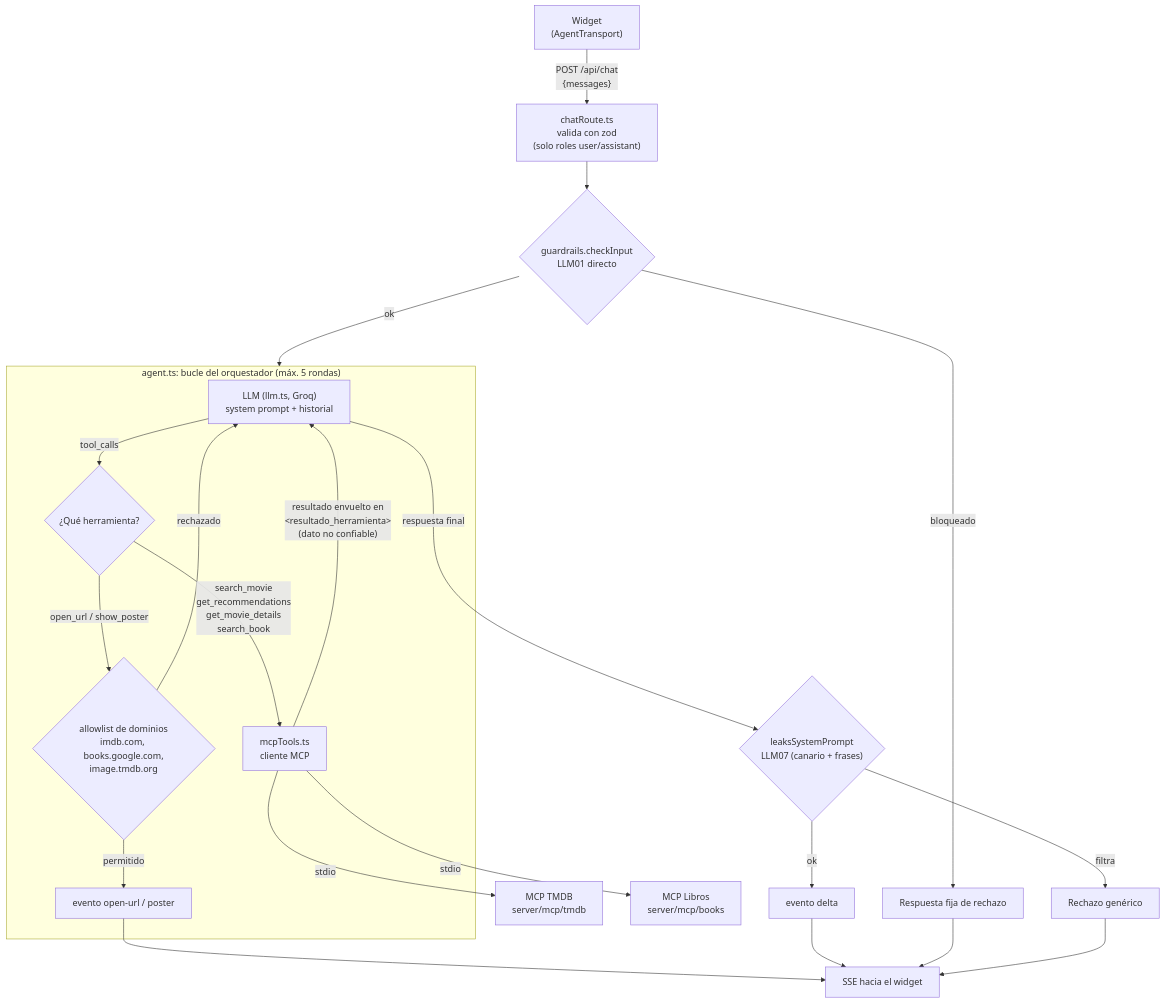
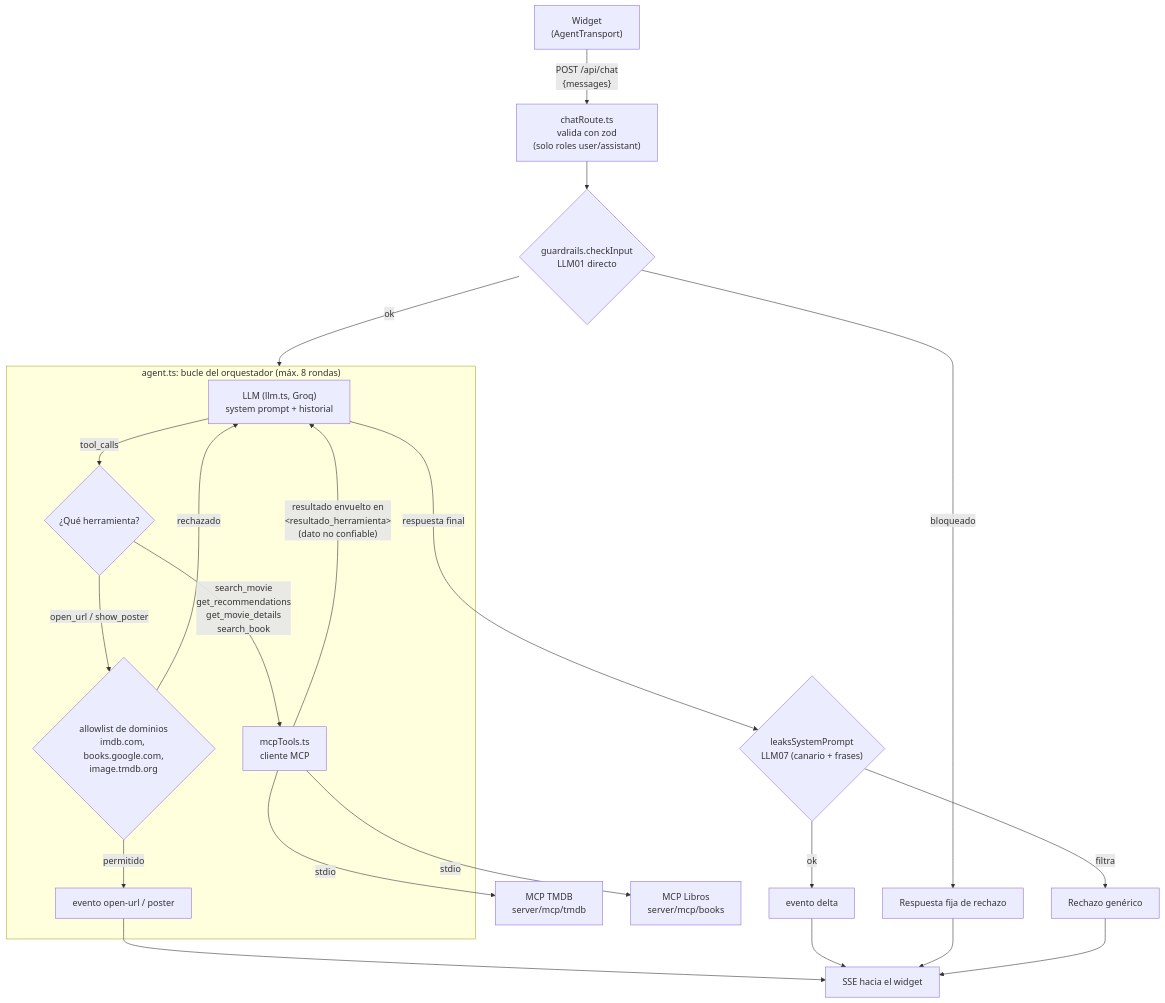
The diagram in docs/AGENTE.md (her24770/ai_engineering-proyecto-1), drawn with Mermaid before and after one commit. The commit also changed other lines of this file and 4 other files, not shown here.

````diff
--- a/docs/AGENTE.md
+++ b/docs/AGENTE.md
@@ -17,28 +17,28 @@
 ```mermaid
 flowchart TD
     Widget["Widget<br/>(AgentTransport)"] -->|"POST /api/chat<br/>{messages}"| Route["chatRoute.ts<br/>valida con zod<br/>(solo roles user/assistant)"]
     Route --> InGuard{"guardrails.checkInput<br/>LLM01 directo"}
     InGuard -->|"bloqueado"| Refusal["Respuesta fija de rechazo"]
     InGuard -->|"ok"| Loop
 
-    subgraph Loop["agent.ts: bucle del orquestador (máx. 5 rondas)"]
+    subgraph Loop["agent.ts: bucle del orquestador (máx. 8 rondas)"]
         LLM["LLM (llm.ts, Groq)<br/>system prompt + historial"] -->|"tool_calls"| Router{"¿Qué herramienta?"}
         Router -->|"search_movie<br/>get_recommendations<br/>get_movie_details<br/>search_book"| MCP["mcpTools.ts<br/>cliente MCP"]
         MCP -->|"resultado envuelto en<br/>&lt;resultado_herramienta&gt;<br/>(dato no confiable)"| LLM
         Router -->|"open_url / show_poster"| Allow{"allowlist de dominios<br/>imdb.com, books.google.com,<br/>image.tmdb.org"}
         Allow -->|"permitido"| UiEvent["evento open-url / poster"]
         Allow -->|"rechazado"| LLM
     end
 
     MCP -->|stdio| TMDB["MCP TMDB<br/>server/mcp/tmdb"]
     MCP -->|stdio| Books["MCP Libros<br/>server/mcp/books"]
 
     LLM -->|"respuesta final"| OutGuard{"leaksSystemPrompt<br/>LLM07 (canario + frases)"}
     OutGuard -->|"filtra"| LeakRefusal["Rechazo genérico"]
     OutGuard -->|"ok"| Delta["evento delta"]
 
     UiEvent --> SSE["SSE hacia el widget"]
     Delta --> SSE
     Refusal --> SSE
     LeakRefusal --> SSE
 ```
````
